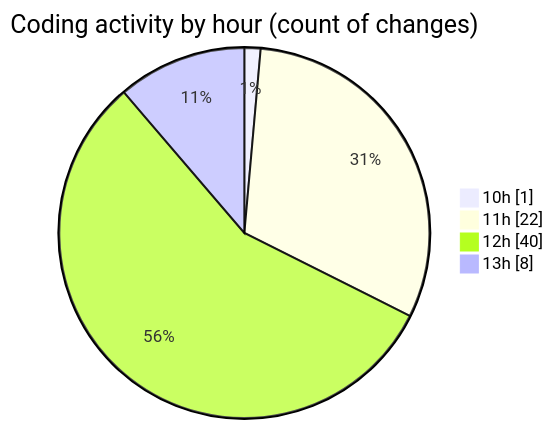
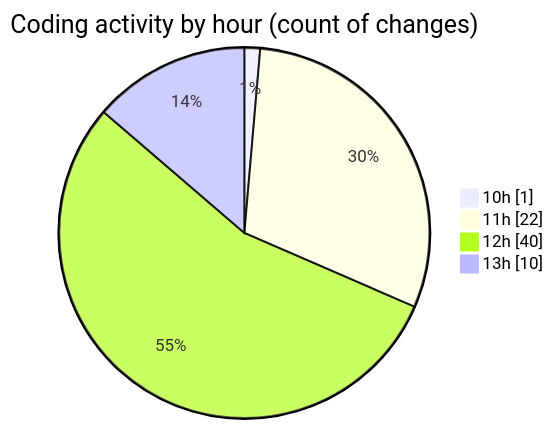
Before and after one commit to nxtqubesakshisongat/code-tracking: the second of 2 diagrams in 2025-07-27/nxtqube_webapp/README.md, drawn with Mermaid. The commit also changed other lines of this file and 1 other file, not shown here.

````diff
--- a/2025-07-27/nxtqube_webapp/README.md
+++ b/2025-07-27/nxtqube_webapp/README.md
@@ -35,8 +35,8 @@
 ```mermaid
 pie showData
 title Coding activity by hour (count of changes)
 "10h" : 1
 "11h" : 22
 "12h" : 40
-"13h" : 8
+"13h" : 10
 ```
````
